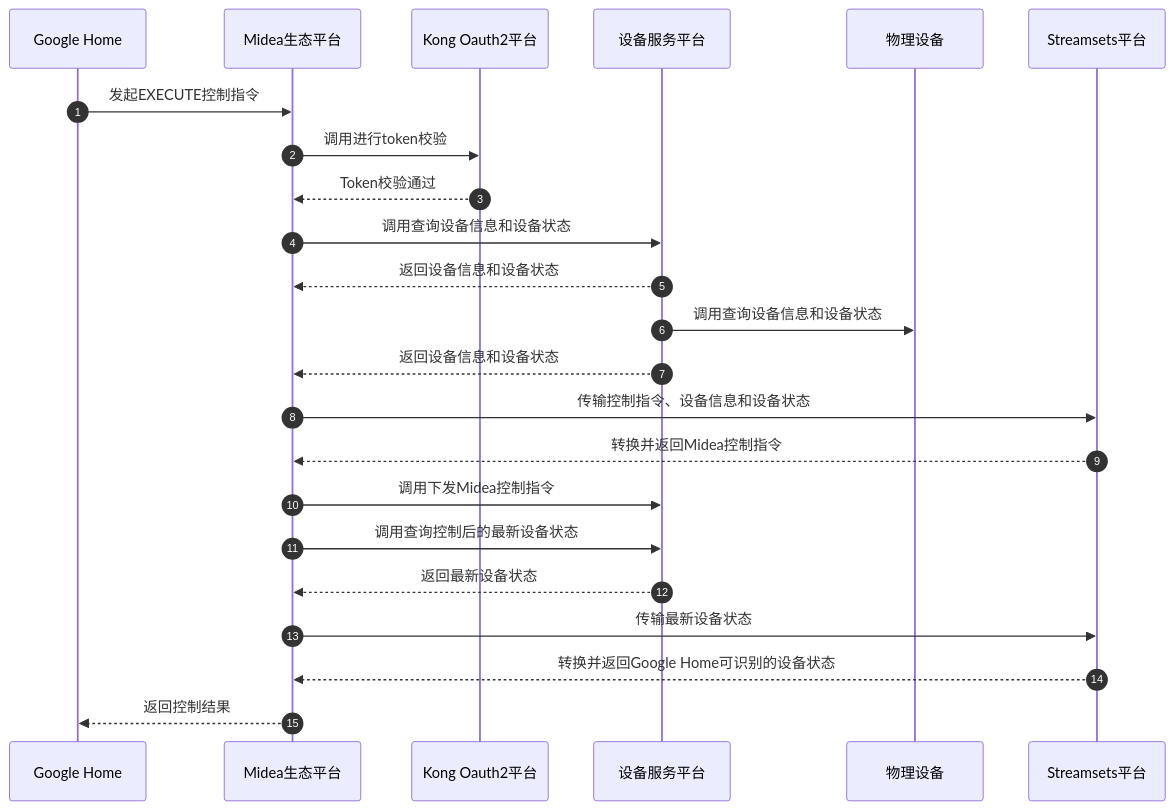
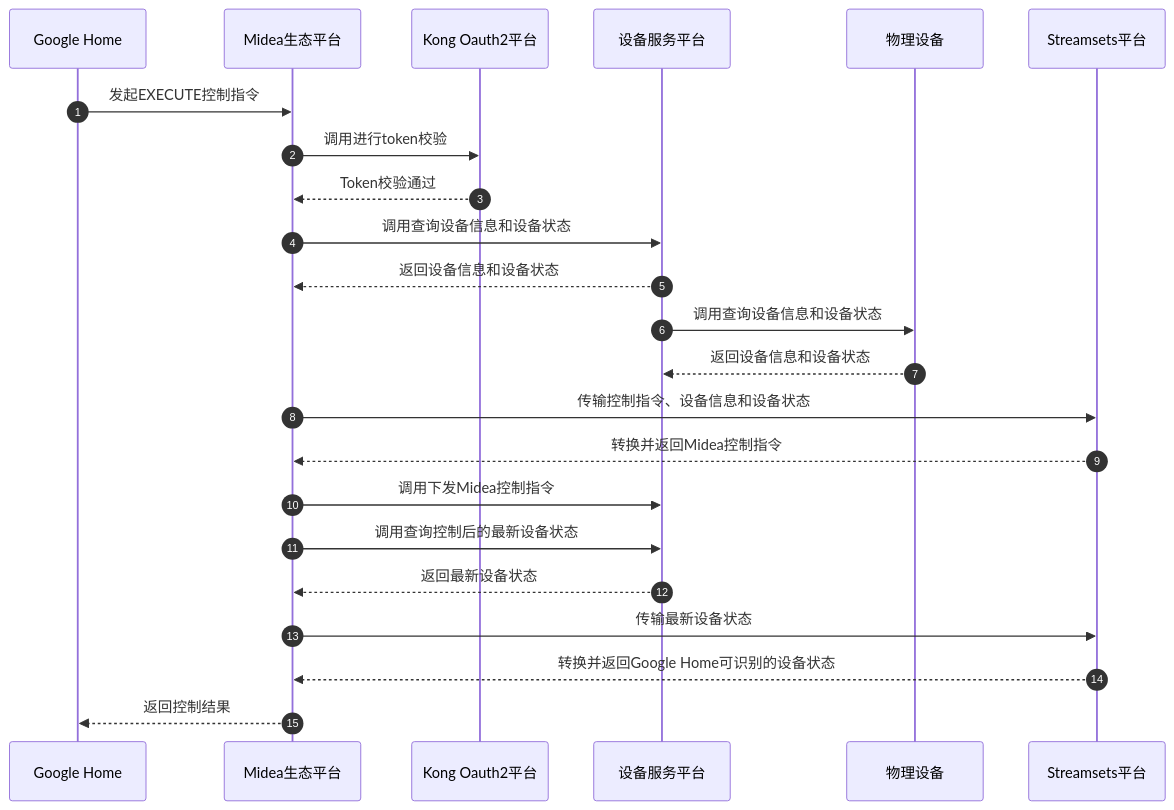
One commit to ixiaoyang8/iodraw-files changed the diagram in all/未命名-19.md. Above: the diagram before and after it, drawn with Mermaid.

Commit message:
2026-06-11 11:16:04 update

````diff
--- a/all/未命名-19.md
+++ b/all/未命名-19.md
@@ -1,27 +1,27 @@
 ```mermaid
 sequenceDiagram
     autonumber
     participant GoogleHome as Google Home
     participant MideaEco as Midea生态平台
     participant KongOAuth as Kong Oauth2平台
     participant DevService as 设备服务平台
     participant Device as 物理设备
     participant Streamsets as Streamsets平台
 
     GoogleHome->>MideaEco: 发起EXECUTE控制指令
     MideaEco->>KongOAuth: 调用进行token校验
     KongOAuth-->>MideaEco: Token校验通过
     MideaEco->>DevService: 调用查询设备信息和设备状态
     DevService-->>MideaEco: 返回设备信息和设备状态
     DevService->>Device: 调用查询设备信息和设备状态
-    DevService-->>MideaEco: 返回设备信息和设备状态
+    Device-->>DevService: 返回设备信息和设备状态
     MideaEco->>Streamsets: 传输控制指令、设备信息和设备状态
     Streamsets-->>MideaEco: 转换并返回Midea控制指令
     MideaEco->>DevService: 调用下发Midea控制指令
     MideaEco->>DevService: 调用查询控制后的最新设备状态
     DevService-->>MideaEco: 返回最新设备状态
     MideaEco->>Streamsets: 传输最新设备状态
     Streamsets-->>MideaEco: 转换并返回Google Home可识别的设备状态
     MideaEco-->>GoogleHome: 返回控制结果
 
 ```
````
